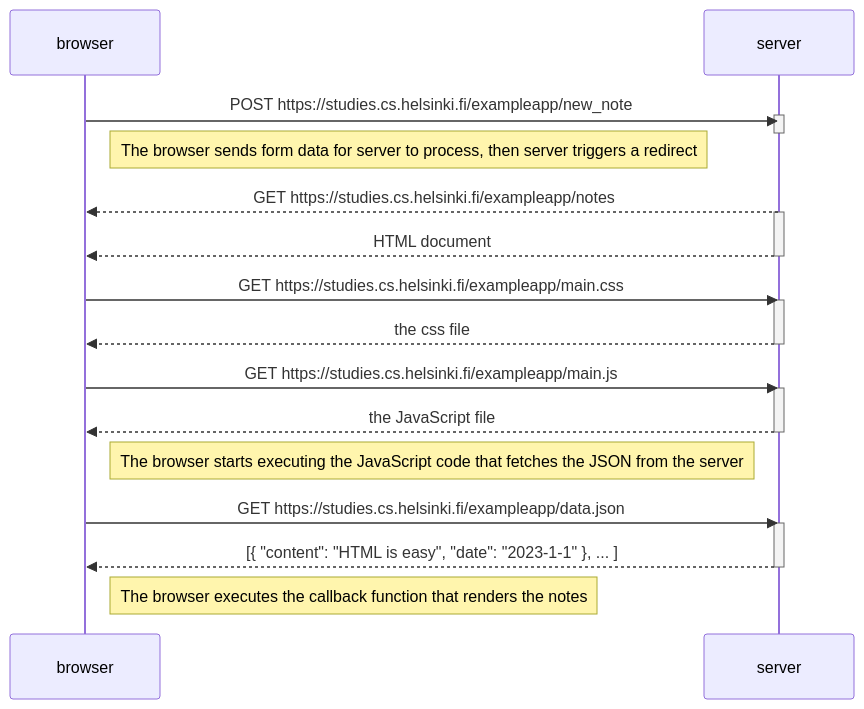
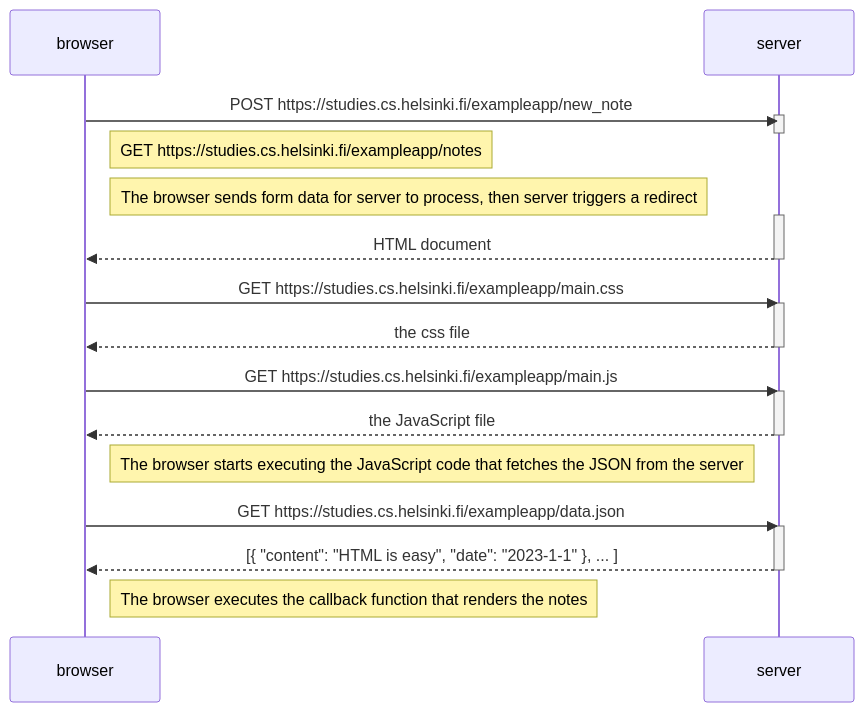
One commit to mojeedkusimo/fullstackopen changed the diagram in part_0/0_4_new_note_diagram/solution.md. Above: the diagram before and after it, drawn with Mermaid.

Commit message:
Solution 6

````diff
--- a/part_0/0_4_new_note_diagram/solution.md
+++ b/part_0/0_4_new_note_diagram/solution.md
@@ -1,37 +1,37 @@
 ```mermaid
 
 sequenceDiagram
     participant browser
     participant server
 
     browser->>server: POST https://studies.cs.helsinki.fi/exampleapp/new_note
     activate server
     deactivate server
+    Note right of browser: GET https://studies.cs.helsinki.fi/exampleapp/notes
 
     Note right of browser: The browser sends form data for server to process, then server triggers a redirect
 
-    server-->>browser: GET https://studies.cs.helsinki.fi/exampleapp/notes
     activate server
     server-->>browser: HTML document
     deactivate server
 
     browser->>server: GET https://studies.cs.helsinki.fi/exampleapp/main.css
     activate server
     server-->>browser: the css file
     deactivate server
 
     browser->>server: GET https://studies.cs.helsinki.fi/exampleapp/main.js
     activate server
     server-->>browser: the JavaScript file
     deactivate server
 
     Note right of browser: The browser starts executing the JavaScript code that fetches the JSON from the server
 
     browser->>server: GET https://studies.cs.helsinki.fi/exampleapp/data.json
     activate server
     server-->>browser: [{ "content": "HTML is easy", "date": "2023-1-1" }, ... ]
     deactivate server
 
     Note right of browser: The browser executes the callback function that renders the notes
 
 ```
````
